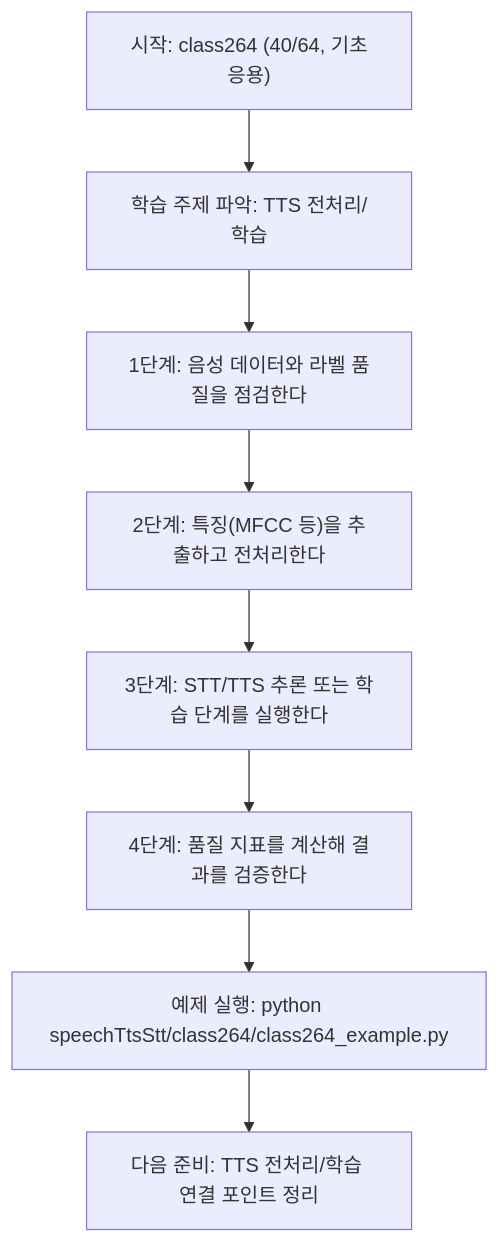
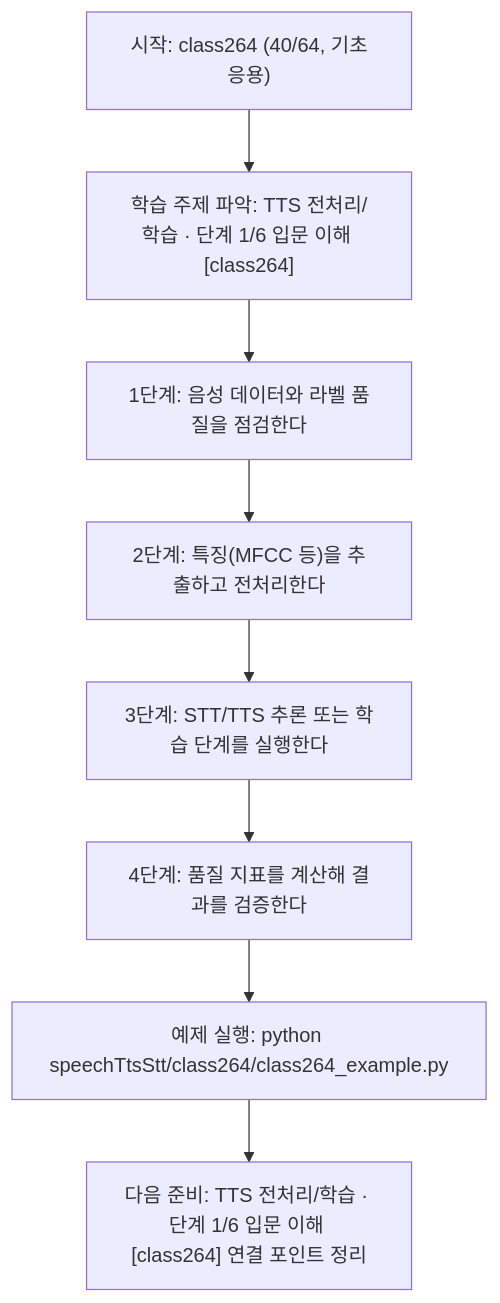
One commit to edumgt/Python-AI_Agent-Class changed the diagram in speechTtsStt/class264/class264.md. Above: the diagram before and after it, drawn with Mermaid. The commit also changed other lines of this file and 522 other files, not shown here.

````diff
--- a/speechTtsStt/class264/class264.md
+++ b/speechTtsStt/class264/class264.md
@@ -113,18 +114,18 @@
 ```mermaid
 flowchart TD
 N1["시작: class264 (40/64, 기초응용)"]
-N2["학습 주제 파악: TTS 전처리/학습"]
+N2["학습 주제 파악: TTS 전처리/학습 · 단계 1/6 입문 이해 [class264]"]
 N3["1단계: 음성 데이터와 라벨 품질을 점검한다"]
 N4["2단계: 특징(MFCC 등)을 추출하고 전처리한다"]
 N5["3단계: STT/TTS 추론 또는 학습 단계를 실행한다"]
 N6["4단계: 품질 지표를 계산해 결과를 검증한다"]
 N7["예제 실행: python speechTtsStt/class264/class264_example.py"]
-N8["다음 준비: TTS 전처리/학습 연결 포인트 정리"]
+N8["다음 준비: TTS 전처리/학습 · 단계 1/6 입문 이해 [class264] 연결 포인트 정리"]
 N1 --> N2
 N2 --> N3
 N3 --> N4
 N4 --> N5
 N5 --> N6
 N6 --> N7
 N7 --> N8
 ```
````
